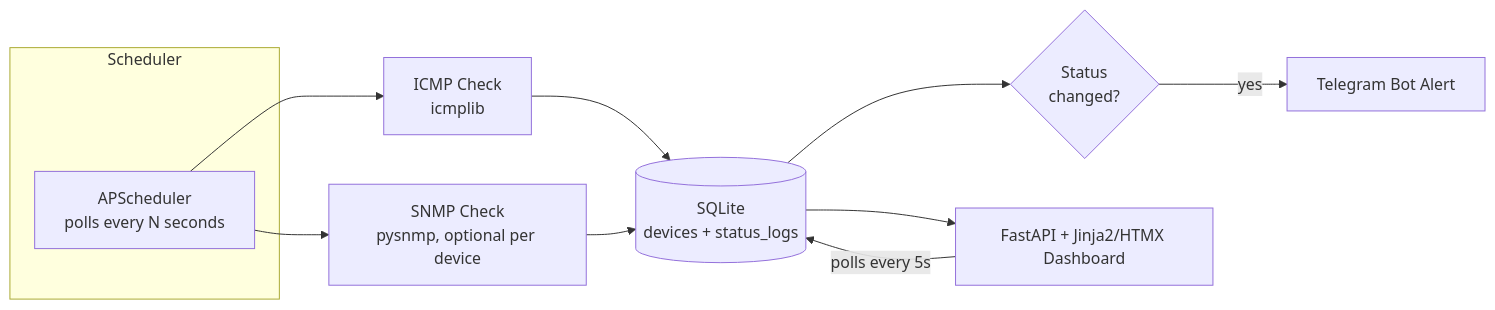
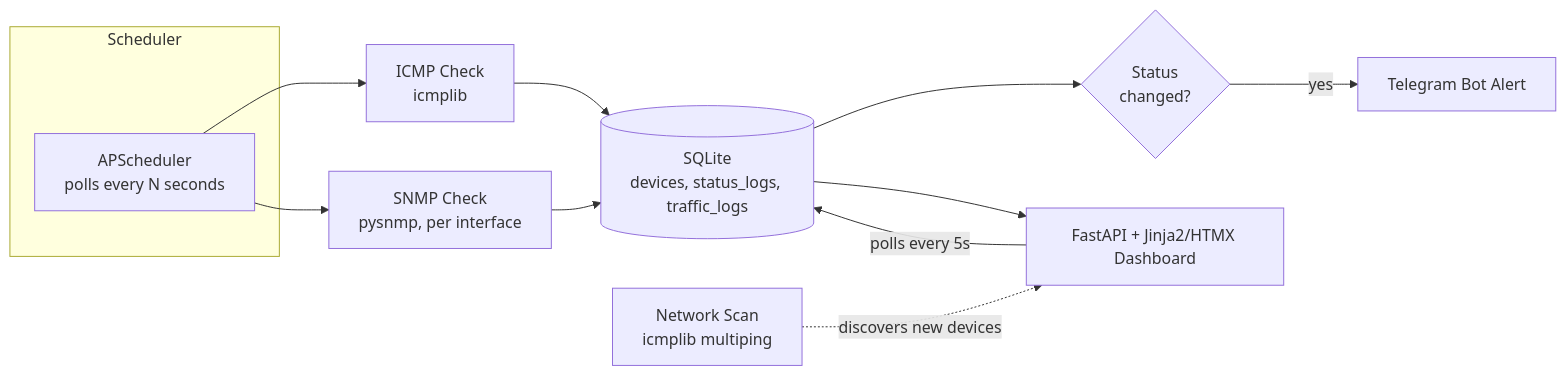
One commit to agusalit/netwatch-nms changed the diagram in README.md. Above: the diagram before and after it, drawn with Mermaid. The commit also changed other lines of this file and 11 other files, not shown here.

````diff
--- a/README.md
+++ b/README.md
@@ -16,14 +26,15 @@
 ```mermaid
 flowchart LR
     subgraph Scheduler
         A[APScheduler<br/>polls every N seconds]
     end
     A --> B[ICMP Check<br/>icmplib]
-    A --> C[SNMP Check<br/>pysnmp, optional per device]
-    B --> D[(SQLite<br/>devices + status_logs)]
+    A --> C[SNMP Check<br/>pysnmp, per interface]
+    B --> D[(SQLite<br/>devices, status_logs, traffic_logs)]
     C --> D
     D --> E{Status<br/>changed?}
     E -->|yes| F[Telegram Bot Alert]
     D --> G[FastAPI + Jinja2/HTMX Dashboard]
     G -->|polls every 5s| D
+    H[Network Scan<br/>icmplib multiping] -.discovers new devices.-> G
 ```
````
